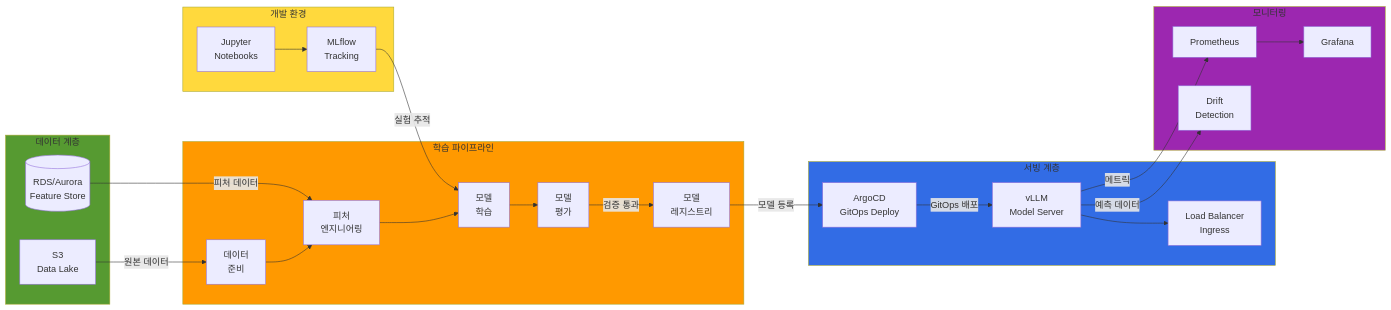
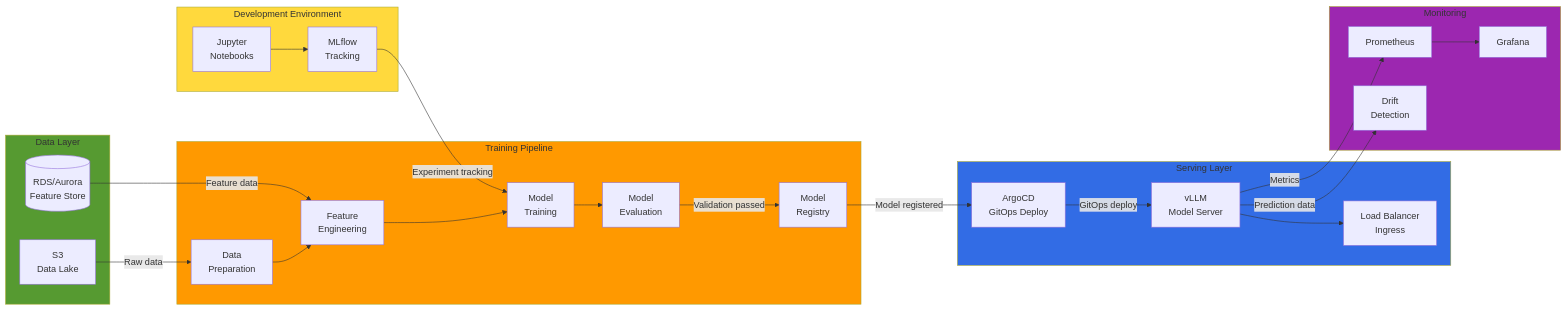
Before and after one commit to devfloor9/engineering-playbook: the first of 5 diagrams in docs/agentic-ai-platform/reference-architecture/model-lifecycle/mlops-pipeline-eks.md, drawn with Mermaid. The commit also changed other lines of this file and 954 other files, not shown here.

````diff
--- a/docs/agentic-ai-platform/reference-architecture/model-lifecycle/mlops-pipeline-eks.md
+++ b/docs/agentic-ai-platform/reference-architecture/model-lifecycle/mlops-pipeline-eks.md
@@ -45,56 +45,56 @@
 ```mermaid
 flowchart LR
-    subgraph Data["데이터 계층"]
+    subgraph Data["Data Layer"]
         S3[S3<br/>Data Lake]
         RDS[(RDS/Aurora<br/>Feature Store)]
     end
 
-    subgraph Dev["개발 환경"]
+    subgraph Dev["Development Environment"]
         NOTEBOOK[Jupyter<br/>Notebooks]
         EXPERIMENT[MLflow<br/>Tracking]
     end
 
-    subgraph Training["학습 파이프라인"]
-        DATA_PREP[데이터<br/>준비]
-        FEATURE_ENG[피처<br/>엔지니어링]
-        TRAIN[모델<br/>학습]
-        EVAL[모델<br/>평가]
-        REGISTER[모델<br/>레지스트리]
+    subgraph Training["Training Pipeline"]
+        DATA_PREP[Data<br/>Preparation]
+        FEATURE_ENG[Feature<br/>Engineering]
+        TRAIN[Model<br/>Training]
+        EVAL[Model<br/>Evaluation]
+        REGISTER[Model<br/>Registry]
     end
 
-    subgraph Serving["서빙 계층"]
+    subgraph Serving["Serving Layer"]
         VLLM[vLLM<br/>Model Server]
         ARGOCD[ArgoCD<br/>GitOps Deploy]
         LB[Load Balancer<br/>Ingress]
     end
 
-    subgraph Monitor["모니터링"]
+    subgraph Monitor["Monitoring"]
         PROMETHEUS[Prometheus]
         GRAFANA[Grafana]
         DRIFT[Drift<br/>Detection]
     end
 
-    S3 -->|원본 데이터| DATA_PREP
-    RDS -->|피처 데이터| FEATURE_ENG
+    S3 -->|Raw data| DATA_PREP
+    RDS -->|Feature data| FEATURE_ENG
     NOTEBOOK --> EXPERIMENT
-    EXPERIMENT -->|실험 추적| TRAIN
+    EXPERIMENT -->|Experiment tracking| TRAIN
 
     DATA_PREP --> FEATURE_ENG
     FEATURE_ENG --> TRAIN
     TRAIN --> EVAL
-    EVAL -->|검증 통과| REGISTER
+    EVAL -->|Validation passed| REGISTER
 
-    REGISTER -->|모델 등록| ARGOCD
-    ARGOCD -->|GitOps 배포| VLLM
+    REGISTER -->|Model registered| ARGOCD
+    ARGOCD -->|GitOps deploy| VLLM
     VLLM --> LB
 
-    VLLM -->|메트릭| PROMETHEUS
+    VLLM -->|Metrics| PROMETHEUS
     PROMETHEUS --> GRAFANA
-    VLLM -->|예측 데이터| DRIFT
+    VLLM -->|Prediction data| DRIFT
 
     style Data fill:#569a31
     style Dev fill:#ffd93d
     style Training fill:#ff9900
     style Serving fill:#326ce5
     style Monitor fill:#9c27b0
 ```
````
